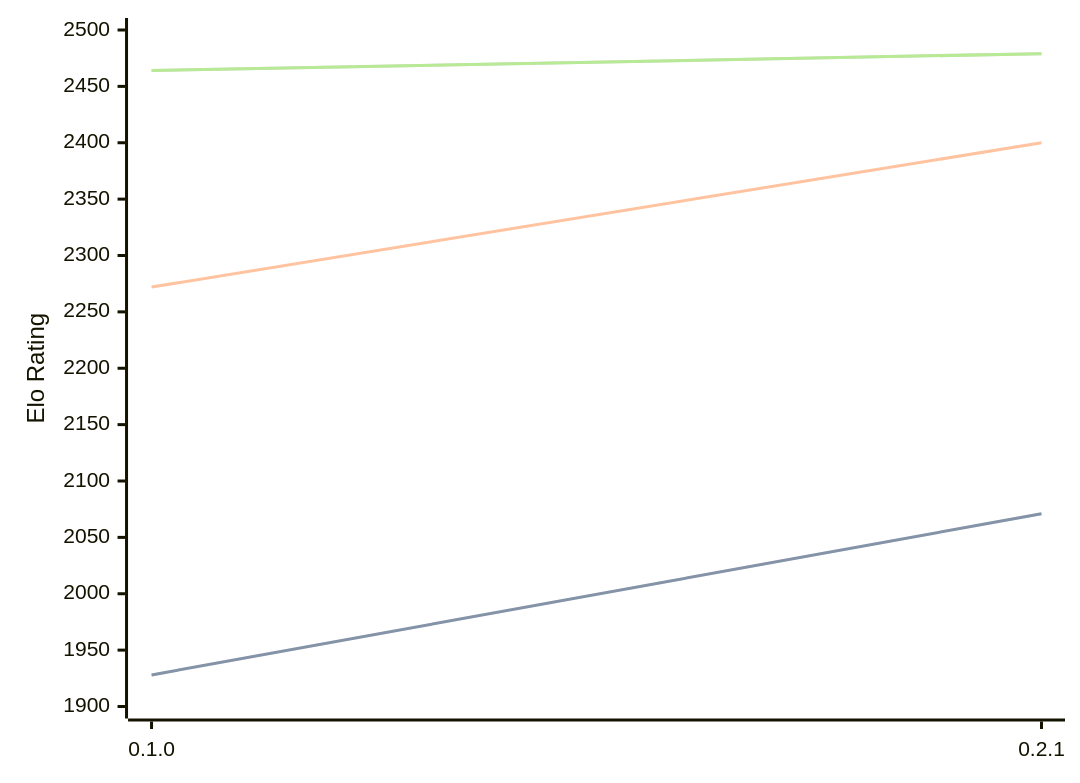
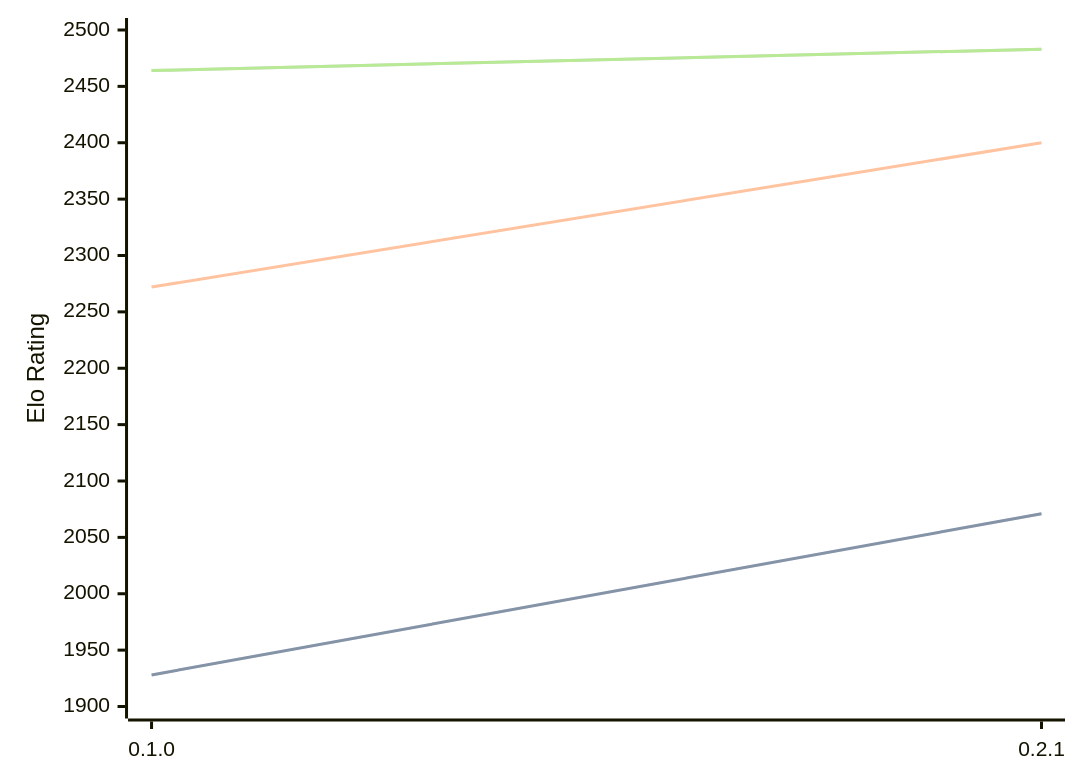
One commit to computer-chess-index/cci changed the diagram in engines/Sykora.md. Above: the diagram before and after it, drawn with Mermaid. The commit also changed other lines of this file, not shown here.

Commit message:
Update CCI Ratings (ELO VLTC) - 2026-05-05

````diff
--- a/engines/Sykora.md
+++ b/engines/Sykora.md
@@ -33,11 +33,11 @@
 ```mermaid
 %%{init: {"theme":"base","themeVariables":{"seriesColors:['#a3a3a3','#222221','#faa371']}}}%%
 xychart-beta
   x-axis ["0.1.0", "0.2.1"]
   y-axis "Elo Rating" 1900 --> 2500
   line "STC (8.0+0.08s)" [1928, 2071]
   line "STC (8.0+0.08s)" [1928, 2071]
   line "LTC (60.0+0.60s)" [2272, 2400]
-  line "VLTC (2m24s+1.12s)" [2464, 2479]
-  line "VLTC (2m24s+1.12s)" [2464, 2479]
+  line "VLTC (2m24s+1.12s)" [2464, 2483]
+  line "VLTC (2m24s+1.12s)" [2464, 2483]
 ```
````
